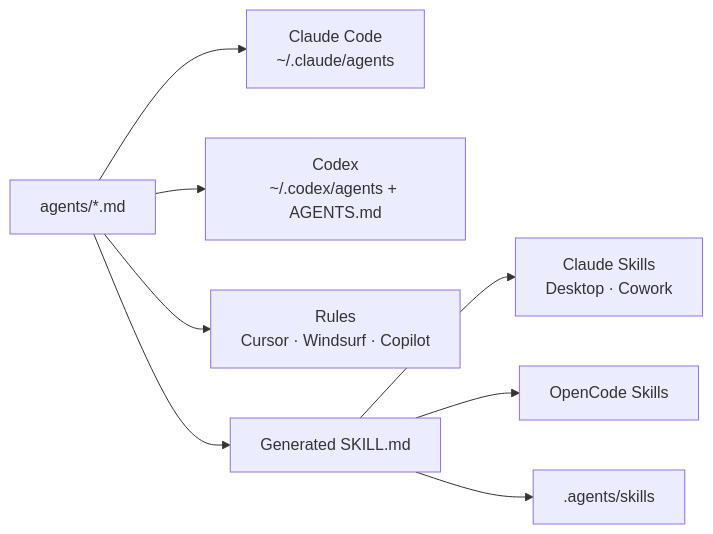
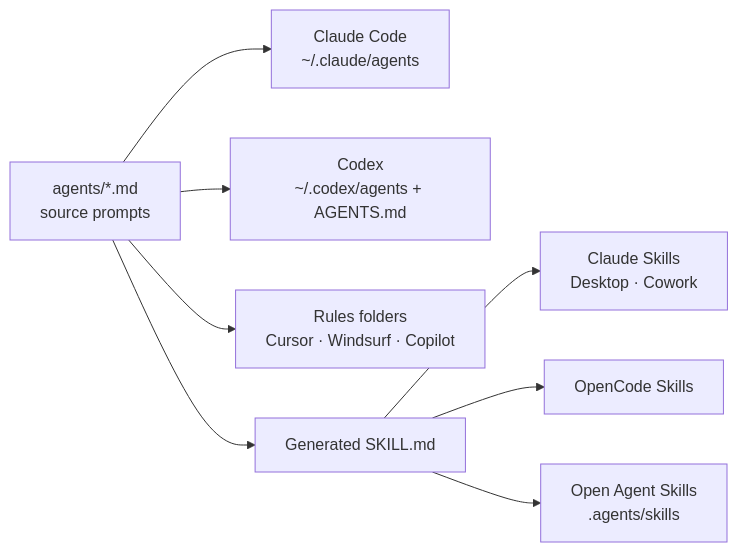
The diagram in README.md (ajhcs/healthcare-agents), drawn with Mermaid before and after one commit. The commit also changed other lines of this file and 1 other file, not shown here.

````diff
--- a/README.md
+++ b/README.md
@@ -89,10 +140,10 @@
 ```mermaid
 flowchart LR
-  A["agents/*.md"] --> B["Claude Code<br/>~/.claude/agents"]
+  A["agents/*.md<br/>source prompts"] --> B["Claude Code<br/>~/.claude/agents"]
   A --> C["Codex<br/>~/.codex/agents + AGENTS.md"]
-  A --> D["Rules<br/>Cursor · Windsurf · Copilot"]
+  A --> D["Rules folders<br/>Cursor · Windsurf · Copilot"]
   A --> E["Generated SKILL.md"]
   E --> F["Claude Skills<br/>Desktop · Cowork"]
   E --> G["OpenCode Skills"]
-  E --> H[".agents/skills"]
+  E --> H["Open Agent Skills<br/>.agents/skills"]
 ```
````
